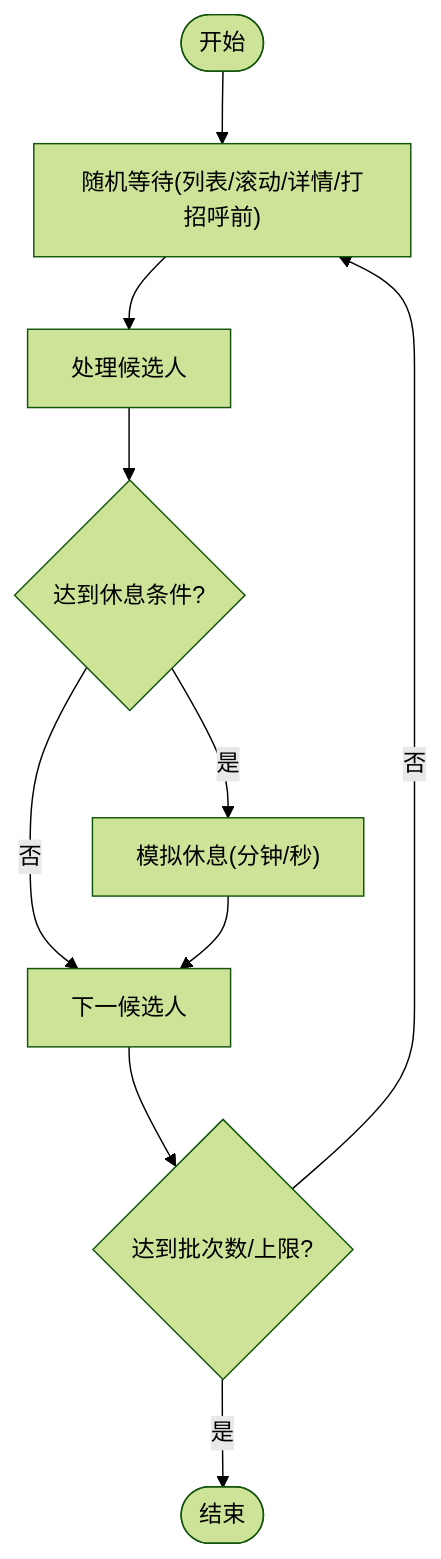
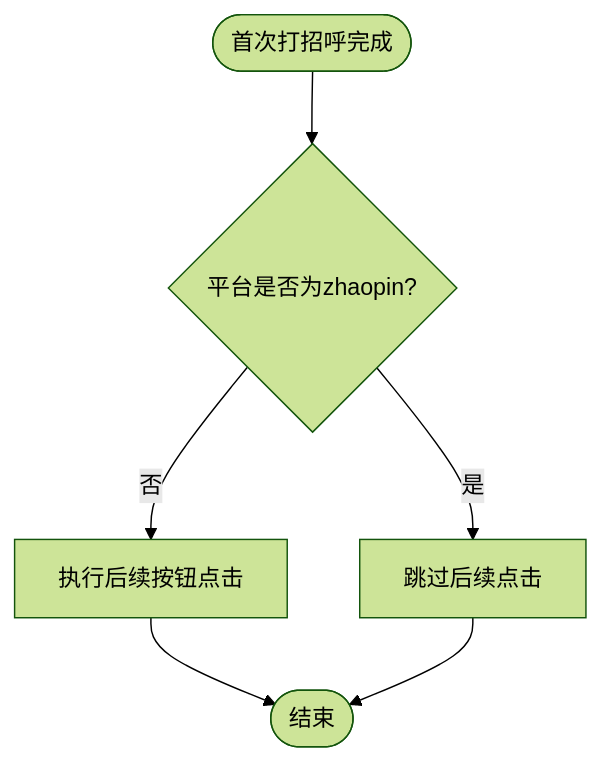
Before and after one commit to alvinwangzi/goodhr: the sixth of 7 diagrams in .qoder/repowiki/zh/content/本地执行器/平台适配器/Boss直聘适配器/自动问候系统.md, drawn with Mermaid (forest theme). The commit also changed other lines of this file and 149 other files, not shown here.

````diff
--- a/.qoder/repowiki/zh/content/本地执行器/平台适配器/Boss直聘适配器/自动问候系统.md
+++ b/.qoder/repowiki/zh/content/本地执行器/平台适配器/Boss直聘适配器/自动问候系统.md
@@ -196,12 +237,8 @@
 ```mermaid
 flowchart TD
-S(["开始"]) --> Wait1["随机等待(列表/滚动/详情/打招呼前)"]
-Wait1 --> Process["处理候选人"]
-Process --> CheckRest{"达到休息条件?"}
-CheckRest --> |是| Rest["模拟休息(分钟/秒)"]
-CheckRest --> |否| Next["下一候选人"]
-Rest --> Next
-Next --> Done{"达到批次数/上限?"}
-Done --> |是| End(["结束"])
-Done --> |否| Wait1
+Start(["首次打招呼完成"]) --> Check{"平台是否为zhaopin?"}
+Check -- 否 --> Click["执行后续按钮点击"]
+Check -- 是 --> Skip["跳过后续点击"]
+Click --> End(["结束"])
+Skip --> End
 ```
````
